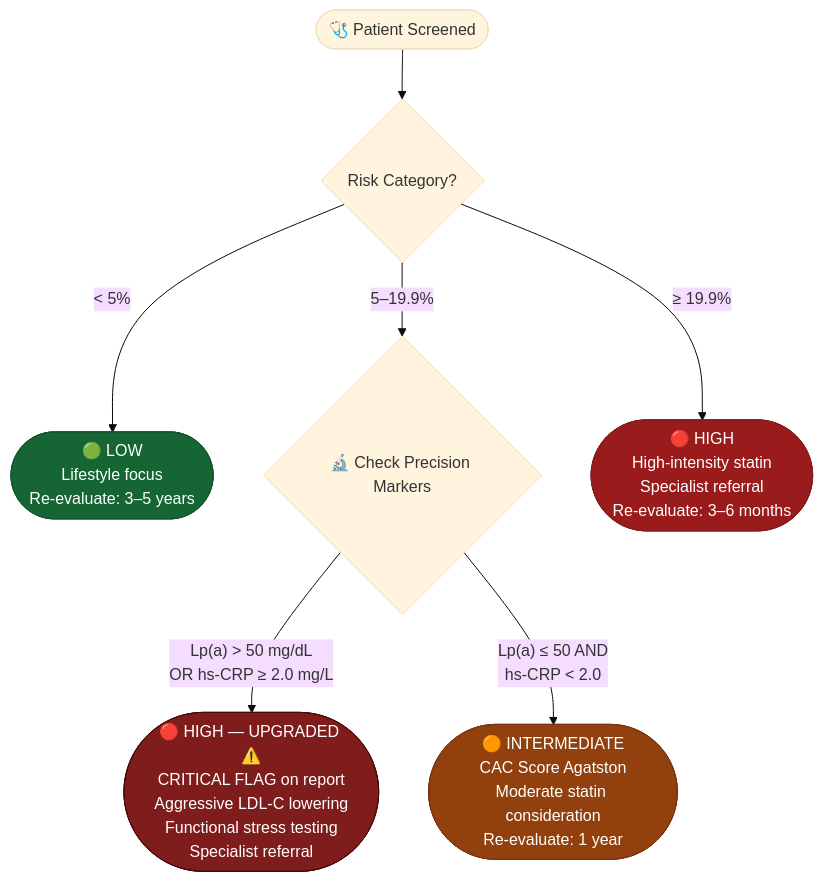
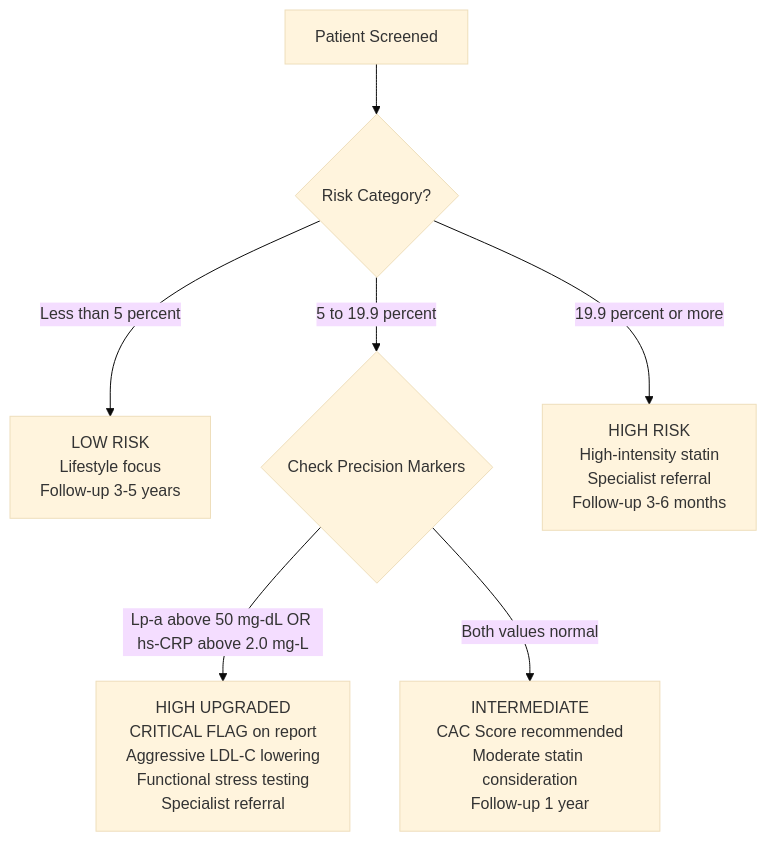
Before and after one commit to saikeerthana999/CalciTrack: the third of 6 diagrams in README.md, drawn with Mermaid (base theme). The commit also changed other lines of this file and 1 other file, not shown here.

````diff
--- a/README.md
+++ b/README.md
@@ -126,17 +106,9 @@
 ```mermaid
-flowchart TD
-    A([🩺 Patient Screened]) --> B{Risk Category?}
-
-    B --> |"< 5%"| C([🟢 LOW\nLifestyle focus\nRe-evaluate: 3–5 years])
-    B --> |"5–19.9%"| D{🔬 Check Precision Markers}
-    B --> |"≥ 19.9%"| E([🔴 HIGH\nHigh-intensity statin\nSpecialist referral\nRe-evaluate: 3–6 months])
-
-    D --> |"Lp(a) > 50 mg/dL\nOR hs-CRP ≥ 2.0 mg/L"| F([🔴 HIGH — UPGRADED ⚠️\nCRITICAL FLAG on report\nAggressive LDL-C lowering\nFunctional stress testing\nSpecialist referral])
-
-    D --> |"Lp(a) ≤ 50 AND\nhs-CRP < 2.0"| G([🟠 INTERMEDIATE\nCAC Score Agatston\nModerate statin consideration\nRe-evaluate: 1 year])
-
-    style C fill:#166534,color:#fff,stroke:#14532d
-    style E fill:#991b1b,color:#fff,stroke:#7f1d1d
-    style F fill:#7f1d1d,color:#fff,stroke:#450a0a
-    style G fill:#92400e,color:#fff,stroke:#78350f
+graph TD
+    A[Patient Screened] --> B{Risk Category?}
+    B -->|Less than 5 percent| C[LOW RISK\nLifestyle focus\nFollow-up 3-5 years]
+    B -->|5 to 19.9 percent| D{Check Precision Markers}
+    B -->|19.9 percent or more| E[HIGH RISK\nHigh-intensity statin\nSpecialist referral\nFollow-up 3-6 months]
+    D -->|Lp-a above 50 mg-dL OR hs-CRP above 2.0 mg-L| F[HIGH UPGRADED\nCRITICAL FLAG on report\nAggressive LDL-C lowering\nFunctional stress testing\nSpecialist referral]
+    D -->|Both values normal| G[INTERMEDIATE\nCAC Score recommended\nModerate statin consideration\nFollow-up 1 year]
 ```
````
